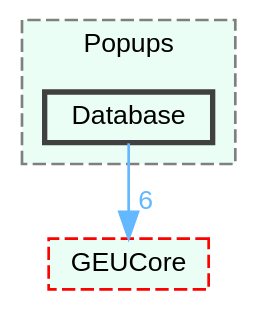
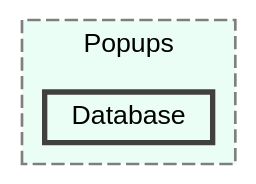
The diagram in DevDocs/dir_7ebe51995f7399446042c538301557a1_dep.dot (GGGJaen/GGGJaen.github.io), drawn with Graphviz before and after one commit. The commit also changed 503 other files, not shown here.

```diff
--- a/DevDocs/dir_7ebe51995f7399446042c538301557a1_dep.dot
+++ b/DevDocs/dir_7ebe51995f7399446042c538301557a1_dep.dot
@@ -1,14 +1,12 @@
 digraph "C:/GEU/GEUApp/Source/UI/Popups/Database"
 {
  // LATEX_PDF_SIZE
   bgcolor="transparent";
   edge [fontname=Helvetica,fontsize=10,labelfontname=Helvetica,labelfontsize=10];
   node [fontname=Helvetica,fontsize=10,shape=box,height=0.2,width=0.4];
   compound=true
   subgraph clusterdir_8fb440dc97f5cef2ddb754b68c4f0f6e {
     graph [ bgcolor="#ebfef5", pencolor="grey50", label="Popups", fontname=Helvetica,fontsize=10 style="filled,dashed", URL="dir_8fb440dc97f5cef2ddb754b68c4f0f6e.html",tooltip=""]
   dir_7ebe51995f7399446042c538301557a1 [label="Database", fillcolor="#ebfef5", color="grey25", style="filled,bold", URL="dir_7ebe51995f7399446042c538301557a1.html",tooltip=""];
   }
-  dir_27e7292ccf631aad9354b9464cb90a84 [label="GEUCore", fillcolor="#ebfef5", color="red", style="filled,dashed", URL="dir_27e7292ccf631aad9354b9464cb90a84.html",tooltip=""];
-  dir_7ebe51995f7399446042c538301557a1->dir_27e7292ccf631aad9354b9464cb90a84 [headlabel="6", labeldistance=1.5 headhref="dir_000004_000015.html" href="dir_000004_000015.html" color="steelblue1" fontcolor="steelblue1"];
 }
```
